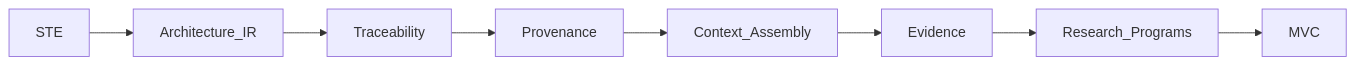
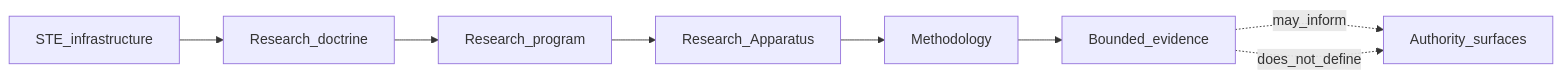
Before and after one commit to egallmann/ste-handbook: the first of 2 diagrams in 14-research/14-00-research-overview.md, drawn with Mermaid. The commit also changed other lines of this file and 26 other files, not shown here.

First line of the commit message:
docs: establish Research Apparatus as Part 14 doctrine

````diff
--- a/14-research/14-00-research-overview.md
+++ b/14-research/14-00-research-overview.md
@@ -36,19 +47,18 @@
 ```mermaid
 flowchart LR
-  STE[STE]
-  IR[Architecture_IR]
-  Trace[Traceability]
-  Prov[Provenance]
-  Context[Context_Assembly]
-  Evidence[Evidence]
-  Programs[Research_Programs]
-  MVC[MVC]
+  Infra[STE_infrastructure]
+  Doctrine[Research_doctrine]
+  Program[Research_program]
+  Apparatus[Research_Apparatus]
+  Method[Methodology]
+  Evidence[Bounded_evidence]
+  Authority[Authority_surfaces]
 
-  STE --> IR
-  IR --> Trace
-  Trace --> Prov
-  Prov --> Context
-  Context --> Evidence
-  Evidence --> Programs
-  Programs --> MVC
+  Infra --> Doctrine
+  Doctrine --> Program
+  Program --> Apparatus
+  Apparatus --> Method
+  Method --> Evidence
+  Evidence -.->|may_inform| Authority
+  Evidence -.->|does_not_define| Authority
 ```
````
